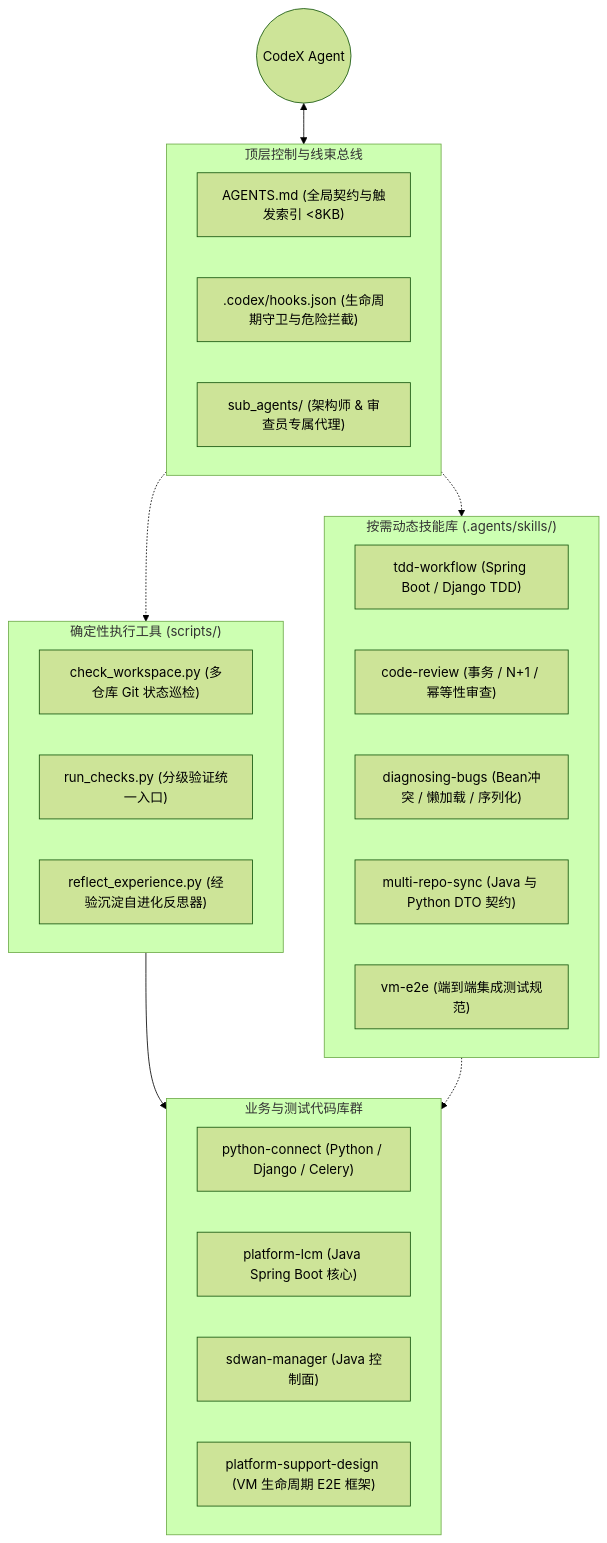
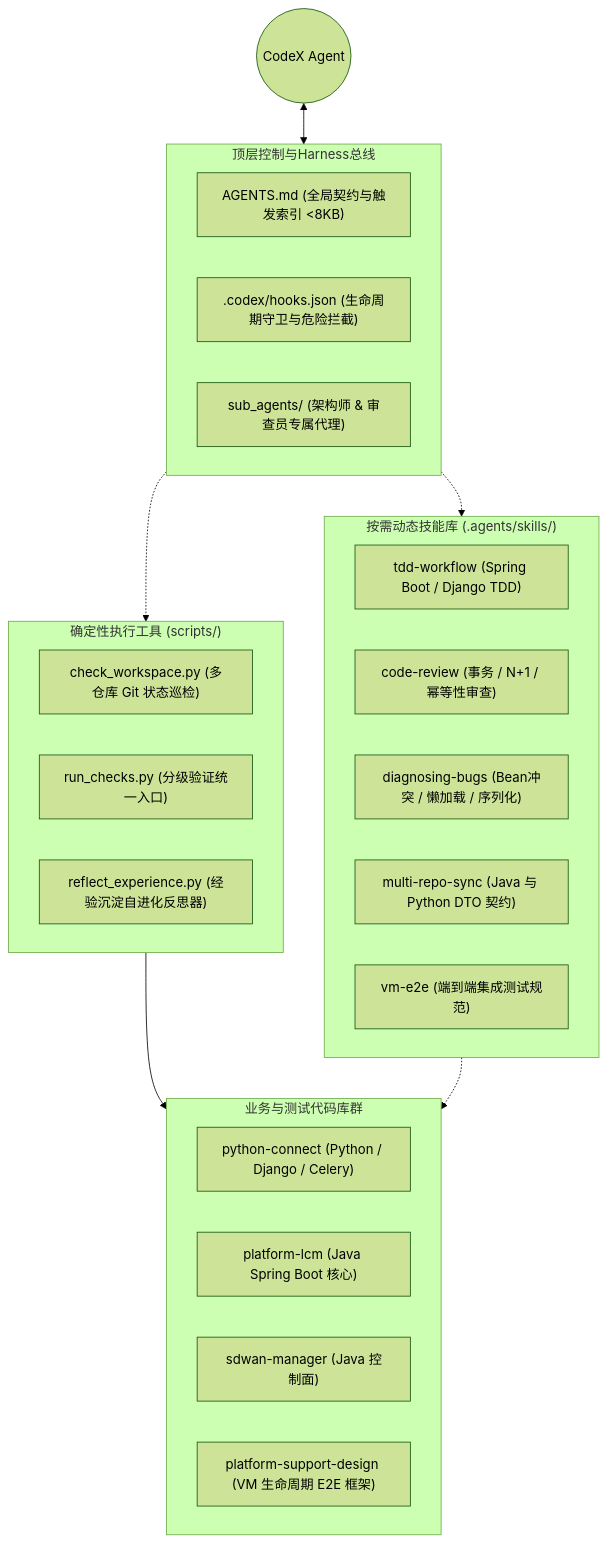
The first of 3 diagrams in content/zh/ai_programming/harness2_codex_multi_repo_practice.md (hobbytp/hobbytp.github.io), drawn with Mermaid (forest theme) before and after one commit. The commit also changed other lines of this file, not shown here.

````diff
--- a/content/zh/ai_programming/harness2_codex_multi_repo_practice.md
+++ b/content/zh/ai_programming/harness2_codex_multi_repo_practice.md
@@ -44,35 +47,35 @@
 ```mermaid
 flowchart TD
-    subgraph Control_Layer ["顶层控制与线束总线"]
+    subgraph Control_Layer ["顶层控制与Harness总线"]
         AGENTS["AGENTS.md (全局契约与触发索引 <8KB)"]
         HOOKS[".codex/hooks.json (生命周期守卫与危险拦截)"]
         SUB_AGENTS["sub_agents/ (架构师 & 审查员专属代理)"]
     end
 
     subgraph Dynamic_Skills ["按需动态技能库 (.agents/skills/)"]
         SKILL_TDD["tdd-workflow (Spring Boot / Django TDD)"]
         SKILL_CR["code-review (事务 / N+1 / 幂等性审查)"]
         SKILL_DIAG["diagnosing-bugs (Bean冲突 / 懒加载 / 序列化)"]
         SKILL_SYNC["multi-repo-sync (Java 与 Python DTO 契约)"]
         SKILL_E2E["vm-e2e (端到端集成测试规范)"]
     end
 
     subgraph Deterministic_Tools ["确定性执行工具 (scripts/)"]
         CHECK_WS["check_workspace.py (多仓库 Git 状态巡检)"]
         RUN_CHECKS["run_checks.py (分级验证统一入口)"]
         REFLECT["reflect_experience.py (经验沉淀自进化反思器)"]
     end
 
     subgraph Repositories ["业务与测试代码库群"]
         REPO_PY["python-connect (Python / Django / Celery)"]
         REPO_JAVA1["platform-lcm (Java Spring Boot 核心)"]
         REPO_JAVA2["sdwan-manager (Java 控制面)"]
         REPO_E2E["platform-support-design (VM 生命周期 E2E 框架)"]
     end
 
     CodeX((CodeX Agent)) <--> Control_Layer
     Control_Layer -.-> Dynamic_Skills
     Control_Layer -.-> Deterministic_Tools
     Deterministic_Tools --> Repositories
     Dynamic_Skills -.-> Repositories
 ```
````
